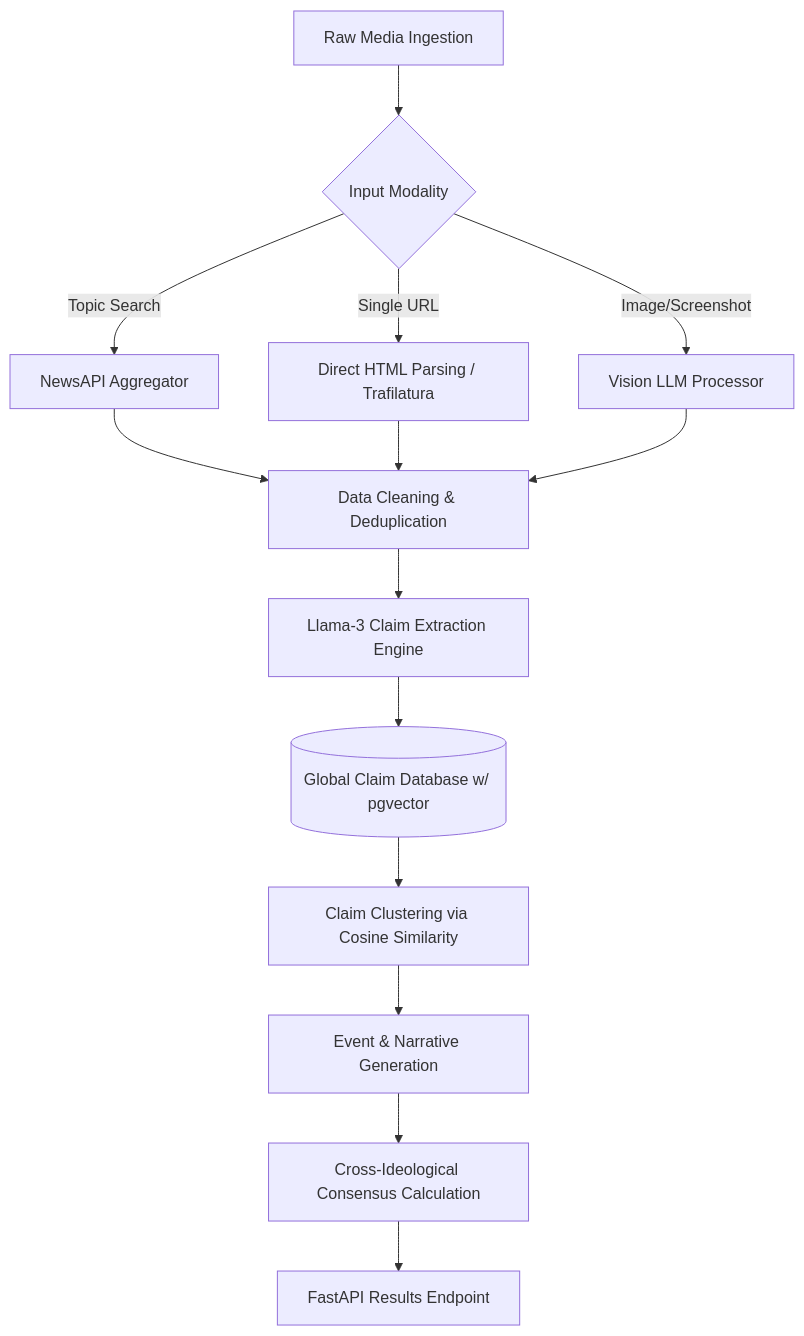
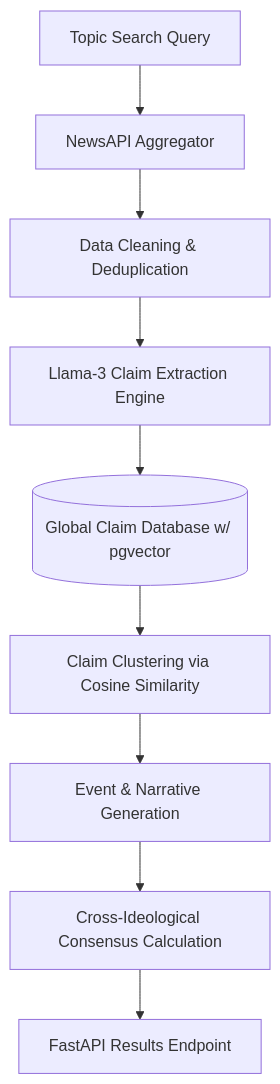
One commit to kankaniakshat185/biasscope-hf-backend changed the diagram in README.md. Above: the diagram before and after it, drawn with Mermaid. The commit also changed other lines of this file, not shown here.

````diff
--- a/README.md
+++ b/README.md
@@ -39,18 +41,14 @@
 ```mermaid
 graph TD
-    A[Raw Media Ingestion] --> B{Input Modality}
-    B -->|Topic Search| C[NewsAPI Aggregator]
-    B -->|Single URL| D[Direct HTML Parsing / Trafilatura]
-    B -->|Image/Screenshot| E[Vision LLM Processor]
+    A[Topic Search Query] --> B[NewsAPI Aggregator]
     
-    C --> F[Data Cleaning & Deduplication]
-    D --> F
-    E --> F
+    B --> C[Data Cleaning & Deduplication]
+    C --> D[Llama-3 Claim Extraction Engine]
     
-    F --> G[Llama-3 Claim Extraction Engine]
-    G --> H[(Global Claim Database w/ pgvector)]
-    H --> I[Claim Clustering via Cosine Similarity]
-    I --> J[Event & Narrative Generation]
-    J --> K[Cross-Ideological Consensus Calculation]
-    K --> L[FastAPI Results Endpoint]
+    D --> E[(Global Claim Database w/ pgvector)]
+    E --> F[Claim Clustering via Cosine Similarity]
+    F --> G[Event & Narrative Generation]
+    
+    G --> H[Cross-Ideological Consensus Calculation]
+    H --> I[FastAPI Results Endpoint]
 ```
````
